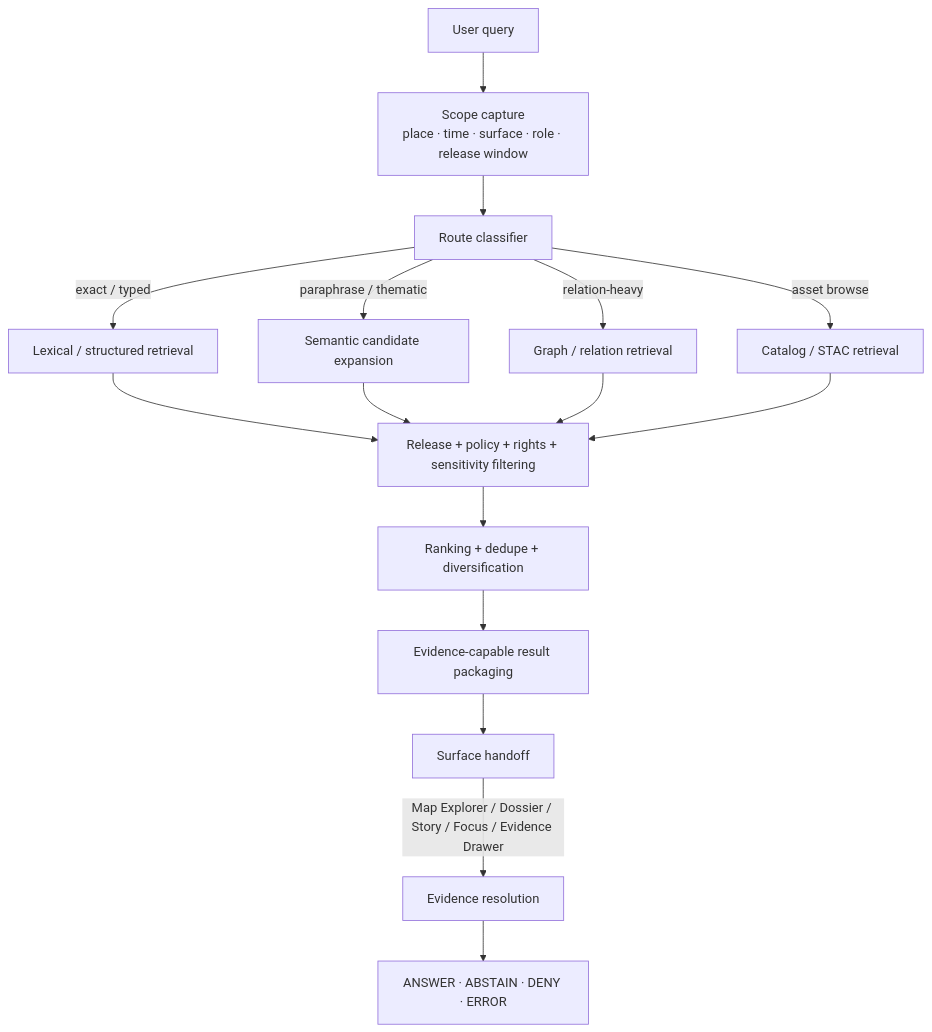
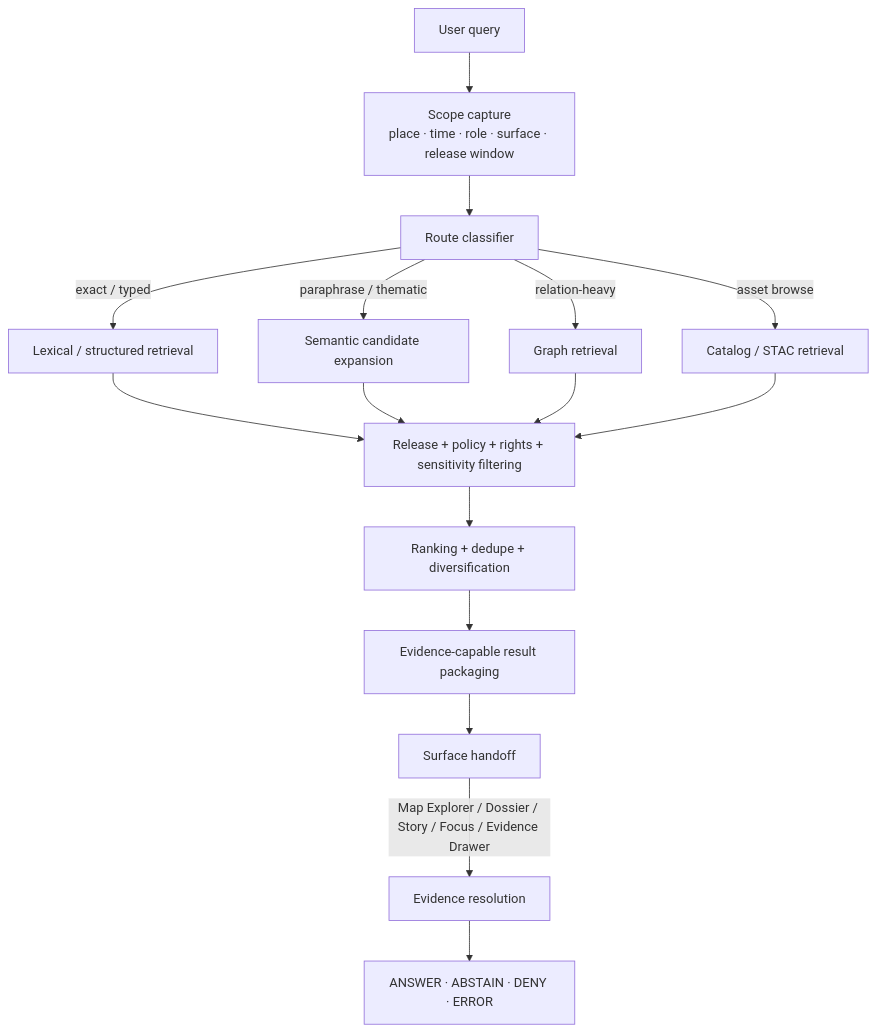
Before and after one commit to bartytime4life/Kansas-Frontier-Matrix: the diagram in docs/search/semantic-search.md, drawn with Mermaid. The commit also changed other lines of this file, not shown here.

````diff
--- a/docs/search/semantic-search.md
+++ b/docs/search/semantic-search.md
@@ -187,31 +214,31 @@
 ```mermaid
 flowchart TD
     U[User query]
-    S[Scope capture<br/>place · time · surface · role · release window]
+    S[Scope capture<br/>place · time · role · surface · release window]
     C[Route classifier]
     L[Lexical / structured retrieval]
     M[Semantic candidate expansion]
-    G[Graph / relation retrieval]
+    G[Graph retrieval]
     T[Catalog / STAC retrieval]
     F[Release + policy + rights + sensitivity filtering]
     R[Ranking + dedupe + diversification]
     P[Evidence-capable result packaging]
     H[Surface handoff]
     E[Evidence resolution]
     O[ANSWER · ABSTAIN · DENY · ERROR]
 
     U --> S --> C
     C -->|exact / typed| L
     C -->|paraphrase / thematic| M
     C -->|relation-heavy| G
     C -->|asset browse| T
 
     L --> F
     M --> F
     G --> F
     T --> F
 
     F --> R --> P --> H
     H -->|Map Explorer / Dossier / Story / Focus / Evidence Drawer| E
     E --> O
 ```
````
